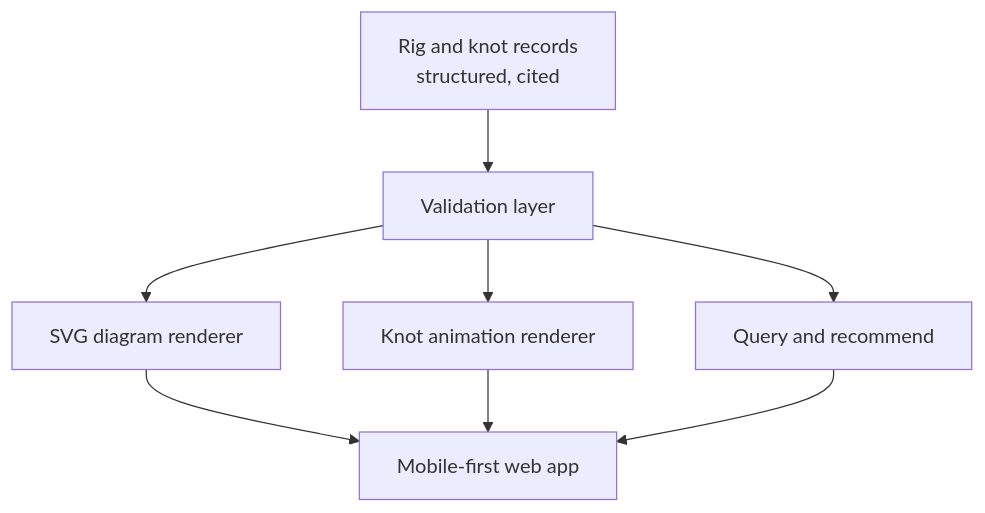
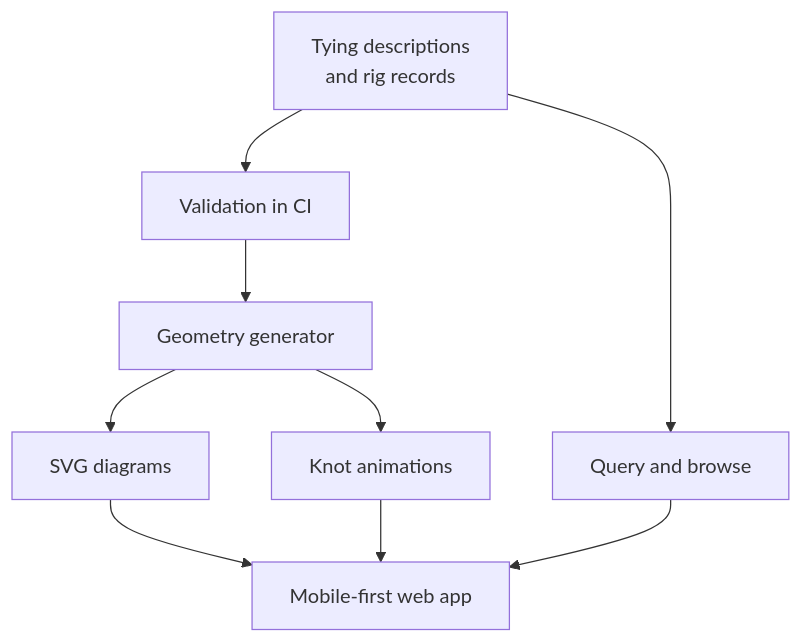
Before and after one commit to TheOutdoorProgrammer/riggermortis: the diagram in README.md, drawn with Mermaid. The commit also changed other lines of this file, not shown here.

````diff
--- a/README.md
+++ b/README.md
@@ -22,10 +28,11 @@
 ```mermaid
 graph TD
-  A[Rig and knot records<br/>structured, cited] --> B[Validation layer]
-  B --> C[SVG diagram renderer]
-  B --> D[Knot animation renderer]
-  B --> E[Query and recommend]
-  C --> F[Mobile-first web app]
-  D --> F
-  E --> F
+  A[Tying descriptions<br/>and rig records] --> B[Validation in CI]
+  B --> C[Geometry generator]
+  C --> D[SVG diagrams]
+  C --> E[Knot animations]
+  A --> F[Query and browse]
+  D --> G[Mobile-first web app]
+  E --> G
+  F --> G
 ```
````
